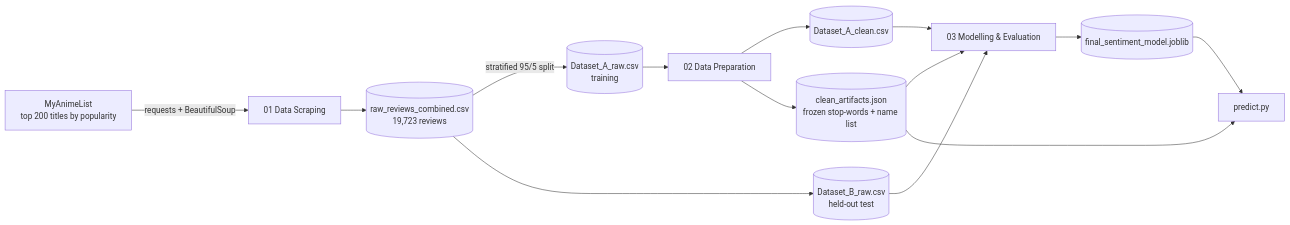
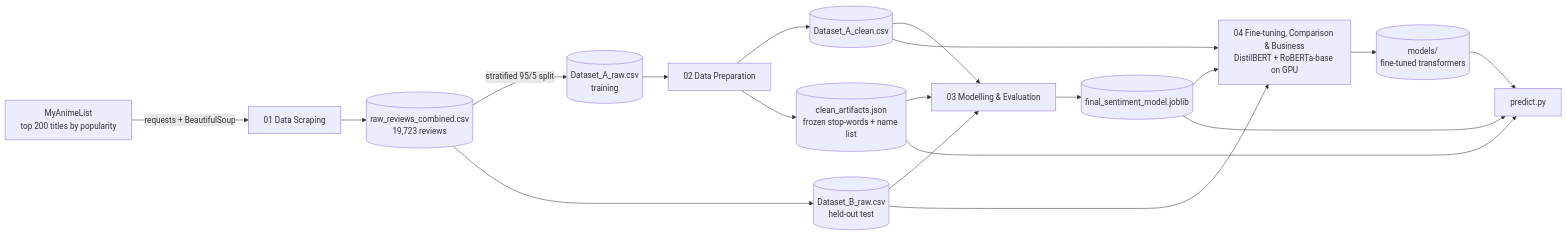
The diagram in README.md (Snorlax03/Anime-Reviews), drawn with Mermaid before and after one commit. The commit also changed other lines of this file and 11 other files, not shown here.

Commit message:
added fine tuned models

````diff
--- a/README.md
+++ b/README.md
@@ -75,16 +94,21 @@
 ```mermaid
 flowchart LR
     A["MyAnimeList<br/>top 200 titles by popularity"] -->|"requests + BeautifulSoup"| B["01 Data Scraping"]
     B --> C[("raw_reviews_combined.csv<br/>19,723 reviews")]
     C -->|"stratified 95/5 split"| D[("Dataset_A_raw.csv<br/>training")]
     C --> E[("Dataset_B_raw.csv<br/>held-out test")]
     D --> F["02 Data Preparation"]
     F --> G[("Dataset_A_clean.csv")]
     F --> H[("clean_artifacts.json<br/>frozen stop-words + name list")]
     G --> I["03 Modelling & Evaluation"]
     H --> I
     E --> I
     I --> J[("final_sentiment_model.joblib")]
+    G --> L["04 Fine-tuning, Comparison & Business<br/>DistilBERT + RoBERTa-base on GPU"]
+    E --> L
+    J --> L
+    L --> M[("models/<br/>fine-tuned transformers")]
     J --> K["predict.py"]
     H --> K
+    M --> K
 ```
````
